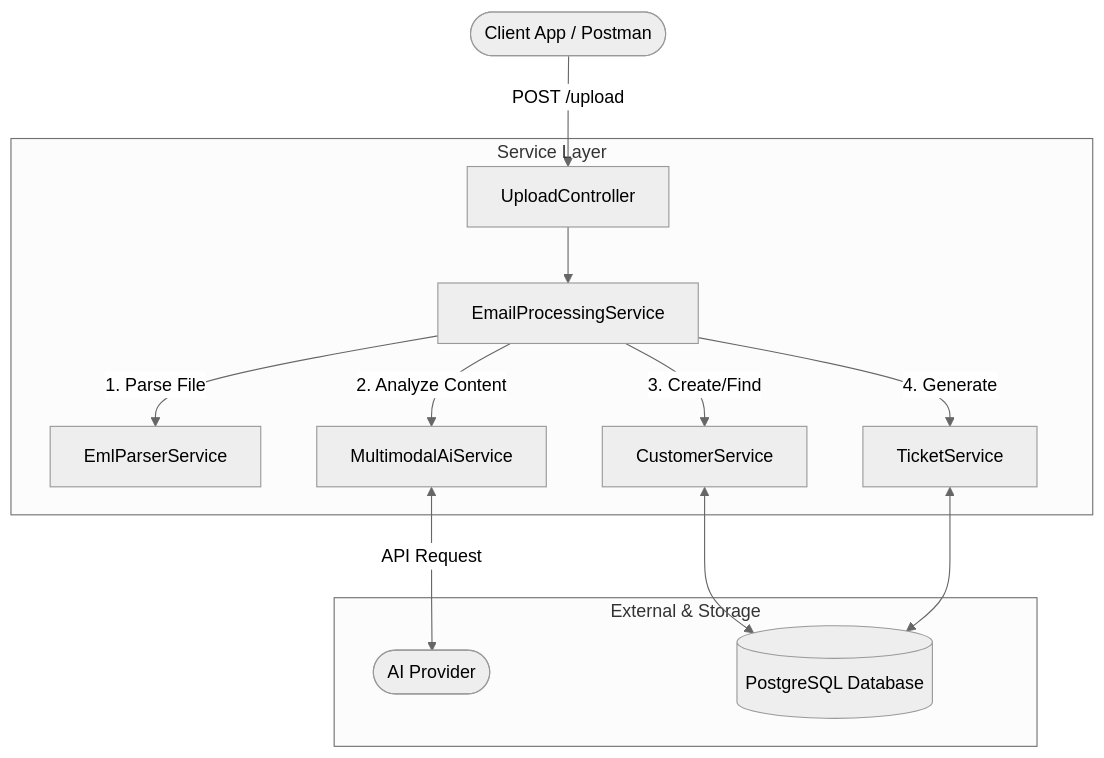
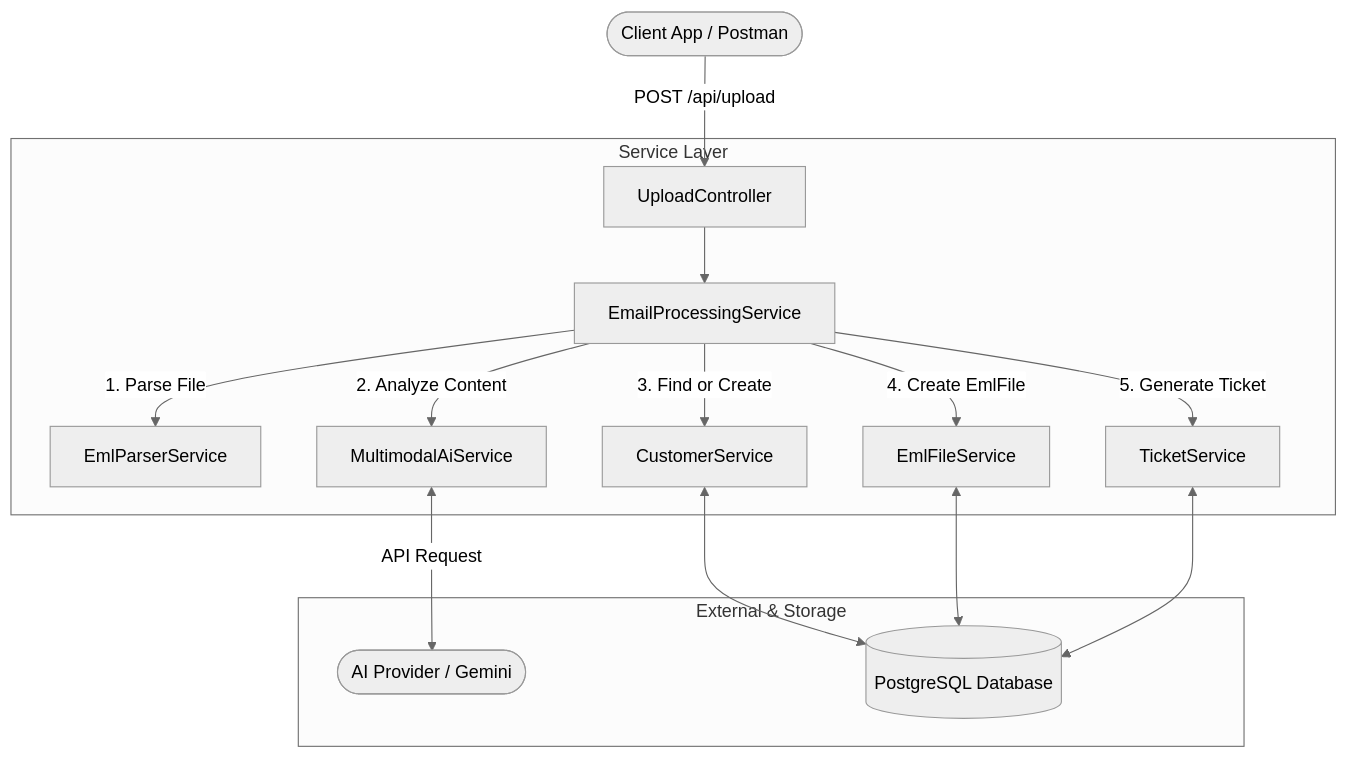
The first of 2 diagrams in README.md (mgudux/mail-2-ticket), drawn with Mermaid (neutral theme) before and after one commit. The commit also changed other lines of this file, not shown here.

Commit message:
ReadMe: change in API endpoints, architecture and features

````diff
--- a/README.md
+++ b/README.md
@@ -11,18 +11,20 @@
 ```mermaid
 flowchart TD
-    Client([Client App / Postman]) -->|POST /upload| UC[UploadController]
+    Client([Client App / Postman]) -->|POST /api/upload| UC[UploadController]
     
     subgraph Service Layer
         UC --> EPS[EmailProcessingService]
         EPS -->|1. Parse File| Par[EmlParserService]
         EPS -->|2. Analyze Content| AI[MultimodalAiService]
-        EPS -->|3. Create/Find| CS[CustomerService]
-        EPS -->|4. Generate| TS[TicketService]
+        EPS -->|3. Find or Create| CS[CustomerService]
+        EPS -->|4. Create EmlFile| ES[EmlFileService]
+        EPS -->|5. Generate Ticket| TS[TicketService]
     end
 
     subgraph External & Storage
-        AI <-->|API Request| LLM([AI Provider])
+        AI <-->|API Request| LLM([AI Provider / Gemini])
         CS <--> DB[(PostgreSQL Database)]
+        ES <--> DB
         TS <--> DB
     end
 ```
````
